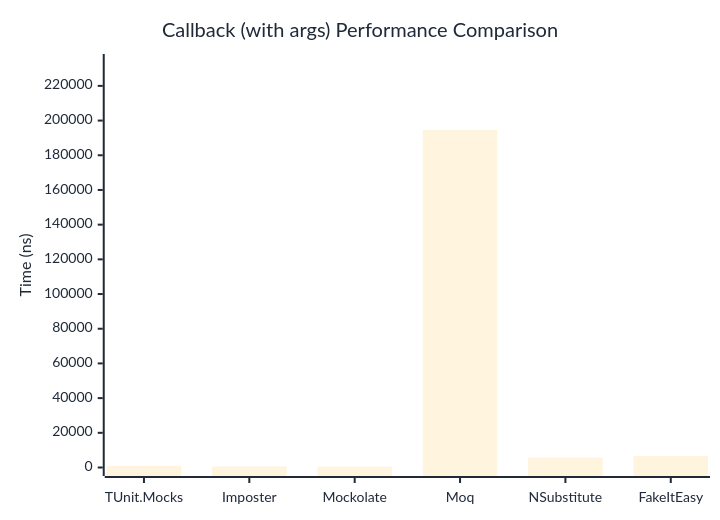
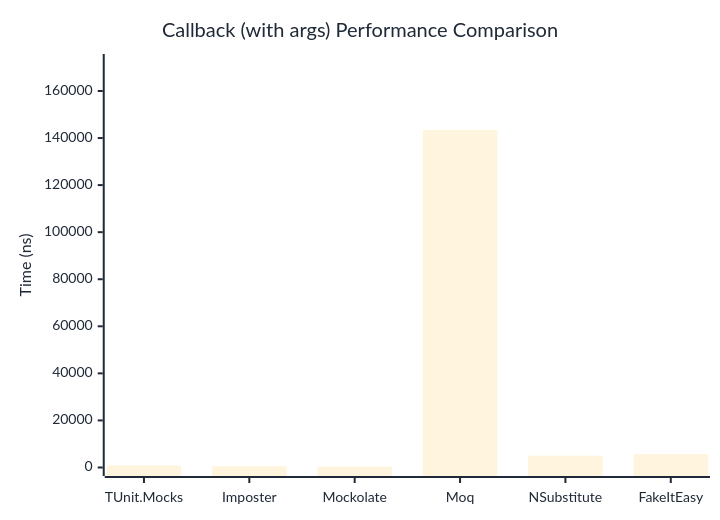
Before and after one commit to thomhurst/TUnit: the second of 2 diagrams in docs/docs/benchmarks/mocks/Callback.md, drawn with Mermaid. The commit also changed other lines of this file and 14 other files, not shown here.

````diff
--- a/docs/docs/benchmarks/mocks/Callback.md
+++ b/docs/docs/benchmarks/mocks/Callback.md
@@ -71,27 +71,27 @@
 ```mermaid
 %%{init: {
   'theme':'base',
   'themeVariables': {
     'primaryColor': '#2563eb',
     'primaryTextColor': '#1f2937',
     'primaryBorderColor': '#1e40af',
     'lineColor': '#6b7280',
     'secondaryColor': '#7c3aed',
     'tertiaryColor': '#dc2626',
     'background': '#ffffff',
     'pie1': '#2563eb',
     'pie2': '#7c3aed',
     'pie3': '#dc2626',
     'pie4': '#f59e0b',
     'pie5': '#10b981',
     'pie6': '#06b6d4',
     'pie7': '#ec4899',
     'pie8': '#6366f1'
   }
 }}%%
 xychart-beta
   title "Callback (with args) Performance Comparison"
   x-axis ["TUnit.Mocks", "Imposter", "Mockolate", "Moq", "NSubstitute", "FakeItEasy"]
-  y-axis "Time (ns)" 0 --> 233478
-  bar [849.7, 582.4, 434.4, 194564.6, 5792.7, 6621.9]
+  y-axis "Time (ns)" 0 --> 172102
+  bar [838, 539.5, 401.1, 143418.3, 5004.5, 5748.3]
 ```
````
